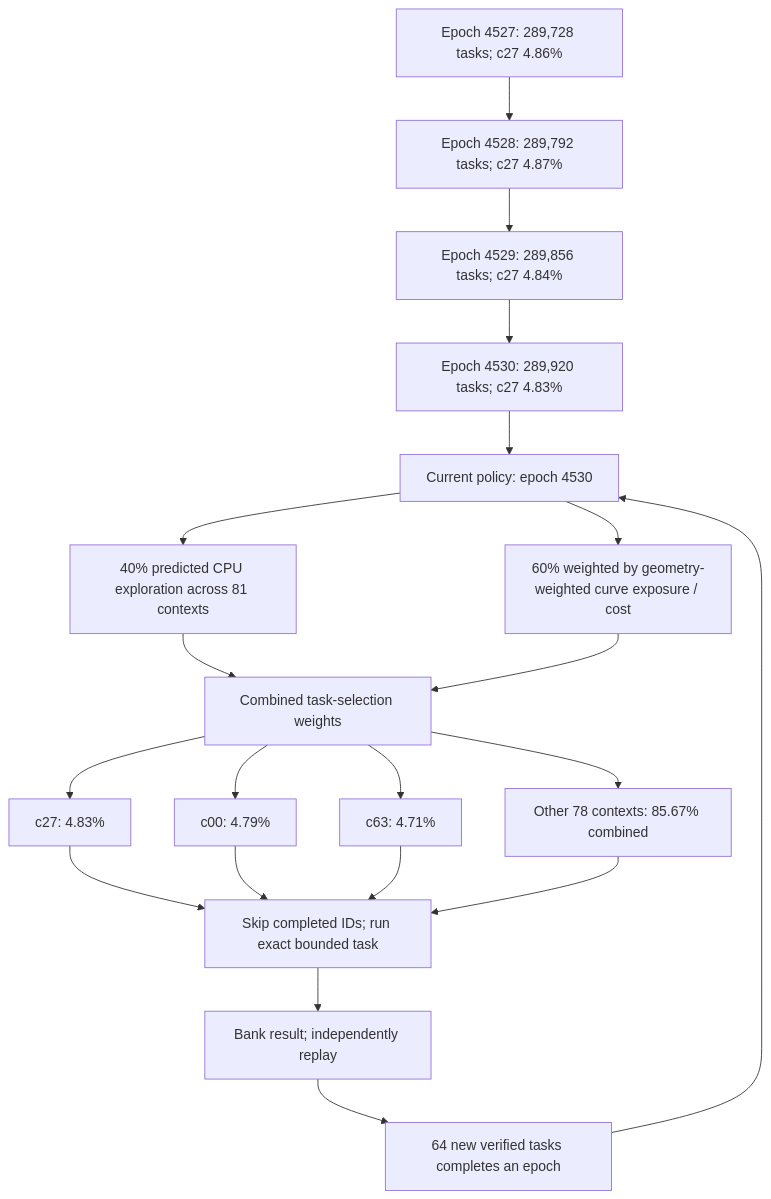
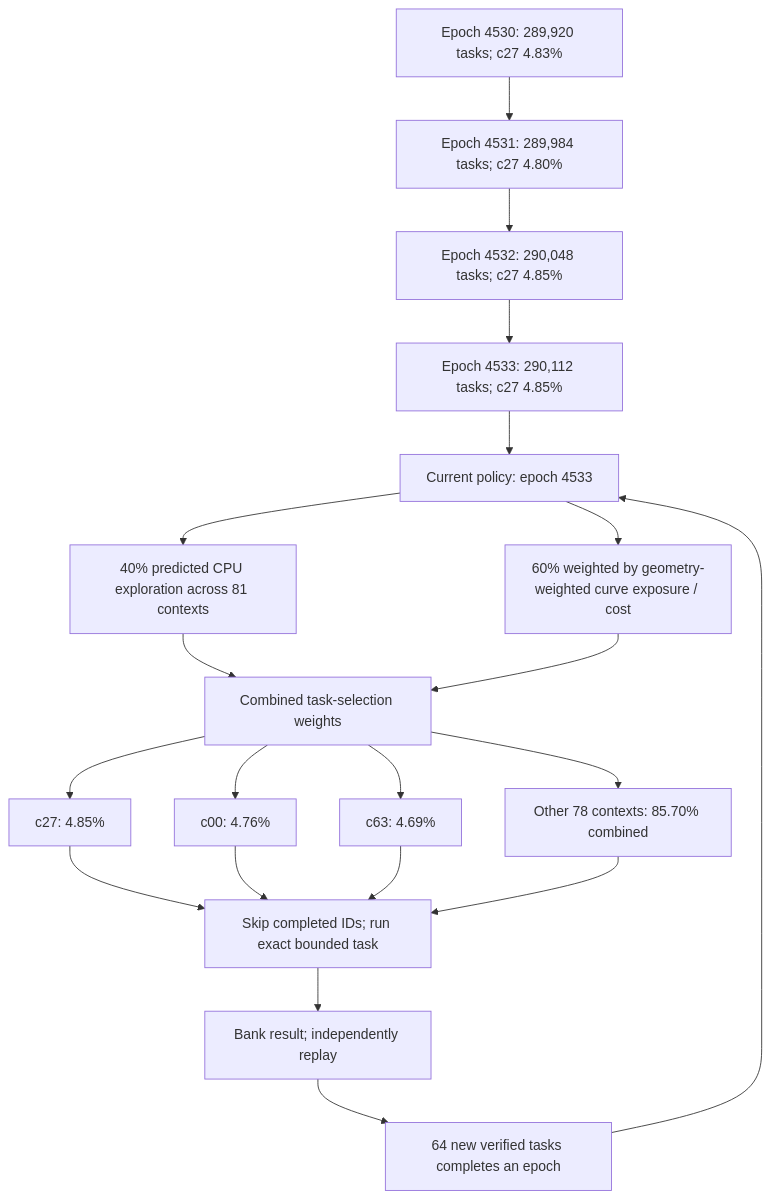
Before and after one commit to Kuberwastaken/math-gambling: the first of 3 diagrams in README.md, drawn with Mermaid. The commit also changed other lines of this file and 482 other files, not shown here.

````diff
--- a/README.md
+++ b/README.md
@@ -60,27 +60,27 @@
 ```mermaid
 flowchart TD
-    H0["Epoch 4527: 289,728 tasks; c27 4.86%"]
-    H1["Epoch 4528: 289,792 tasks; c27 4.87%"]
+    H0["Epoch 4530: 289,920 tasks; c27 4.83%"]
+    H1["Epoch 4531: 289,984 tasks; c27 4.80%"]
     H0 --> H1
-    H2["Epoch 4529: 289,856 tasks; c27 4.84%"]
+    H2["Epoch 4532: 290,048 tasks; c27 4.85%"]
     H1 --> H2
-    H3["Epoch 4530: 289,920 tasks; c27 4.83%"]
+    H3["Epoch 4533: 290,112 tasks; c27 4.85%"]
     H2 --> H3
-    Policy["Current policy: epoch 4530"]
+    Policy["Current policy: epoch 4533"]
     H3 --> Policy
     Policy --> Explore["40% predicted CPU exploration across 81 contexts"]
     Policy --> Cost["60% weighted by geometry-weighted curve exposure / cost"]
     Explore --> Mix["Combined task-selection weights"]
     Cost --> Mix
-    Mix --> C0["c27: 4.83%"]
-    Mix --> C1["c00: 4.79%"]
-    Mix --> C2["c63: 4.71%"]
-    Mix --> Rest["Other 78 contexts: 85.67% combined"]
+    Mix --> C0["c27: 4.85%"]
+    Mix --> C1["c00: 4.76%"]
+    Mix --> C2["c63: 4.69%"]
+    Mix --> Rest["Other 78 contexts: 85.70% combined"]
     C0 --> Check["Skip completed IDs; run exact bounded task"]
     C1 --> Check
     C2 --> Check
     Rest --> Check
     Check --> Replay["Bank result; independently replay"]
     Replay --> Gate["64 new verified tasks completes an epoch"]
     Gate --> Policy
 ```
````
